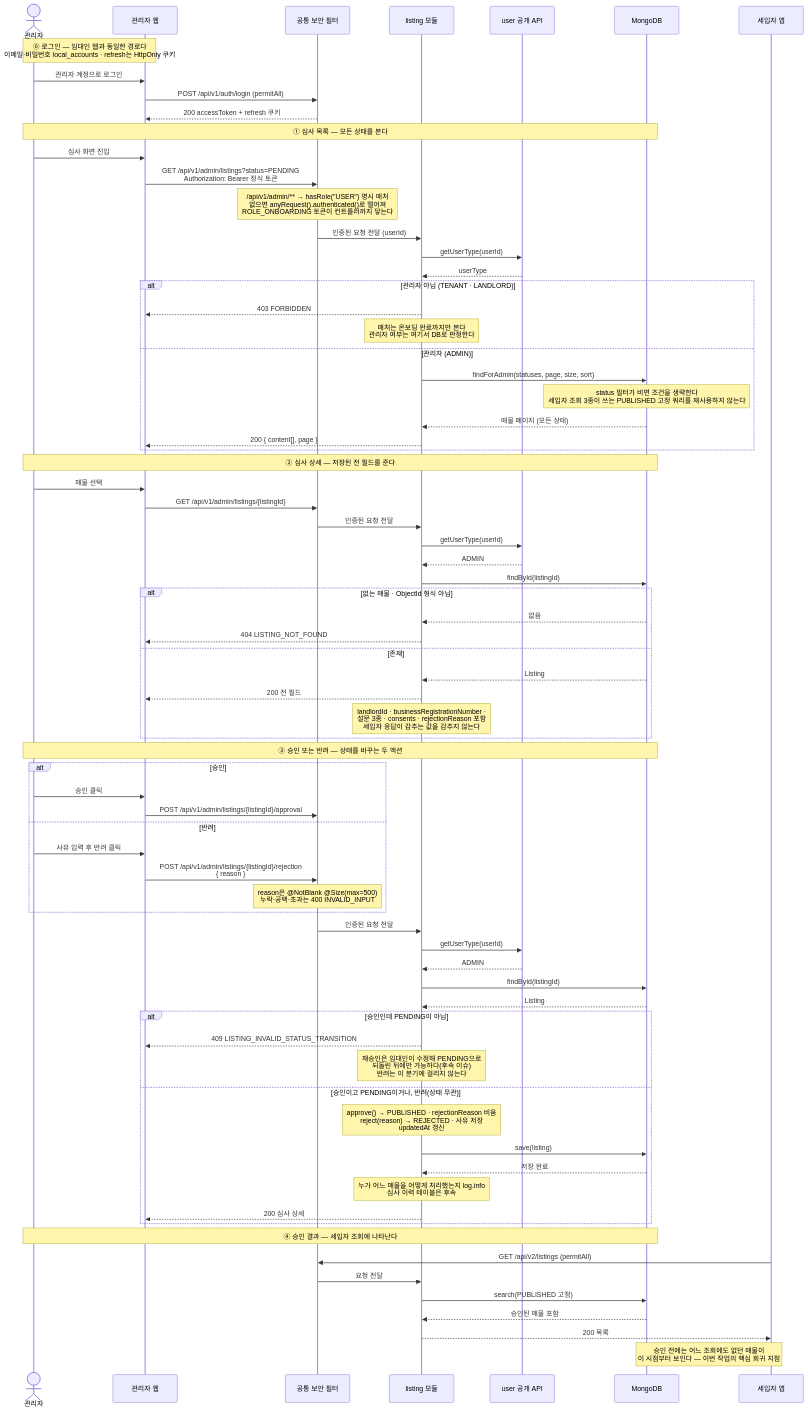
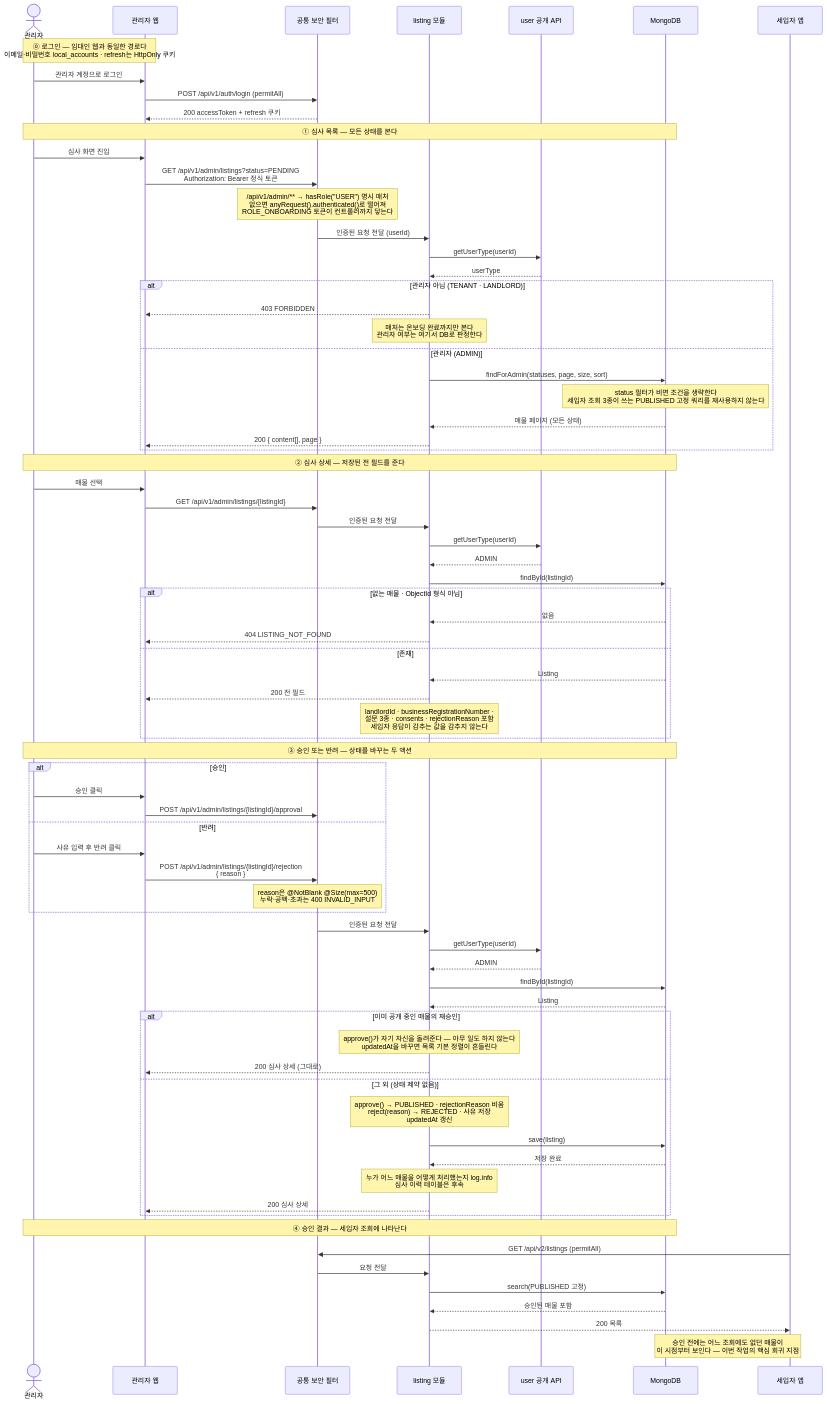
One commit to jameskim9509/Kohere-backend changed the diagram in docs/architecture/sequence-diagrams/03-listings-favorites/us-3-7-admin-listing-review.md. Above: the diagram before and after it, drawn with Mermaid. The commit also changed other lines of this file and 13 other files, not shown here.

```diff
--- a/docs/architecture/sequence-diagrams/03-listings-favorites/us-3-7-admin-listing-review.md
+++ b/docs/architecture/sequence-diagrams/03-listings-favorites/us-3-7-admin-listing-review.md
@@ -73,10 +73,10 @@
     LIST->>DB: findById(listingId)
     DB-->>LIST: Listing
 
-    alt 승인인데 PENDING이 아님
-        LIST-->>W: 409 LISTING_INVALID_STATUS_TRANSITION
-        Note over LIST: 재승인은 임대인이 수정해 PENDING으로<br/>되돌린 뒤에만 가능하다(후속 이슈)<br/>반려는 이 분기에 걸리지 않는다
-    else 승인이고 PENDING이거나, 반려(상태 무관)
+    alt 이미 공개 중인 매물의 재승인
+        Note over LIST: approve()가 자기 자신을 돌려준다 — 아무 일도 하지 않는다<br/>updatedAt을 바꾸면 목록 기본 정렬이 흔들린다
+        LIST-->>W: 200 심사 상세 (그대로)
+    else 그 외 (상태 제약 없음)
         Note over LIST: approve() → PUBLISHED · rejectionReason 비움<br/>reject(reason) → REJECTED · 사유 저장<br/>updatedAt 갱신
         LIST->>DB: save(listing)
         DB-->>LIST: 저장 완료
```
